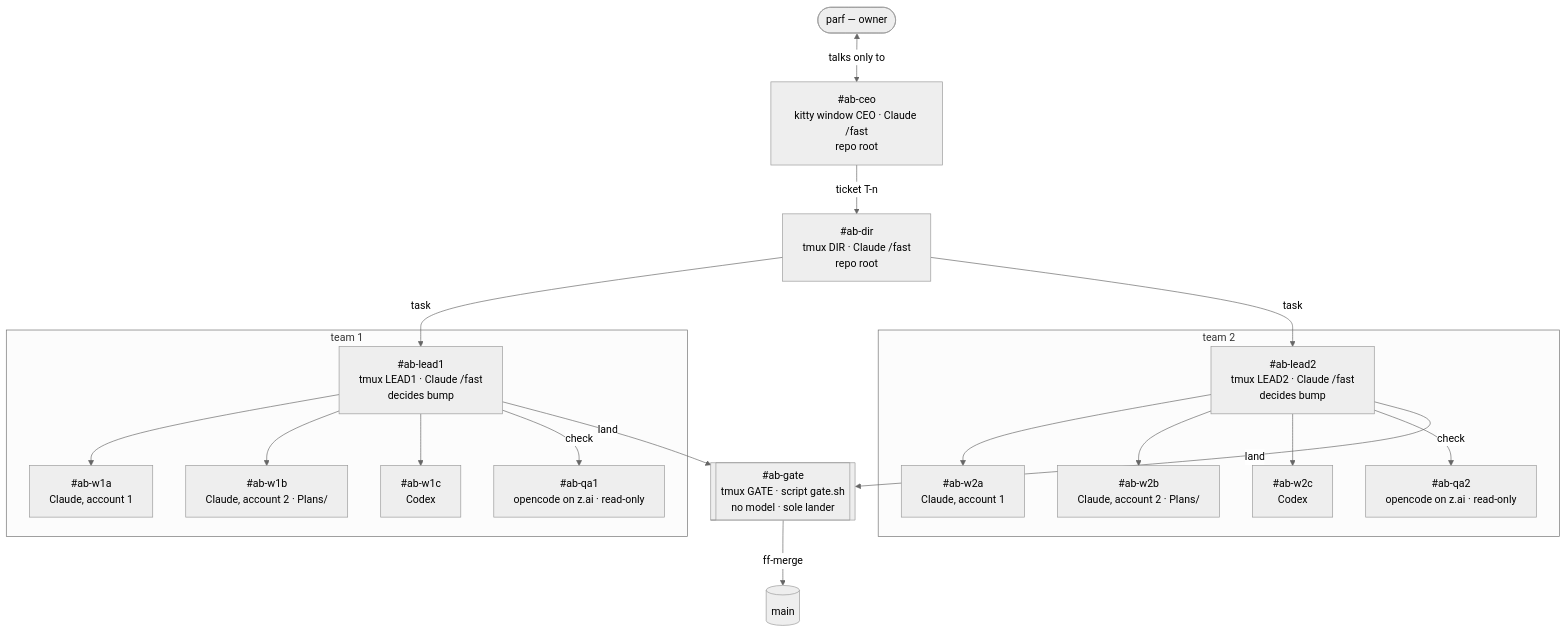
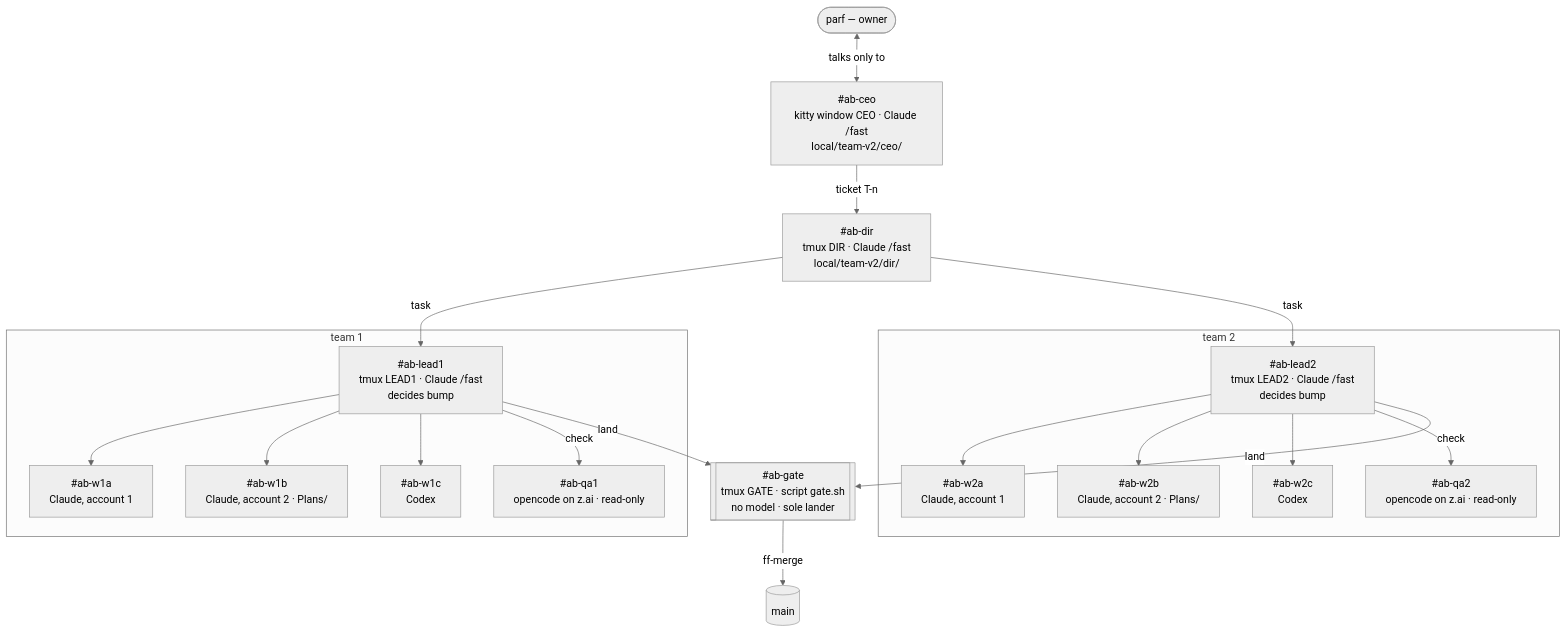
Before and after one commit to parf/ai-agent-bus: the first of 2 diagrams in Plans/Team.v2/README.md, drawn with Mermaid (neutral theme). The commit also changed other lines of this file, not shown here.

Commit message:
Team v2 gives #ab-ceo and #ab-dir their own directories

````diff
--- a/Plans/Team.v2/README.md
+++ b/Plans/Team.v2/README.md
@@ -26,31 +27,31 @@
 ```mermaid
 flowchart TD
   parf(["parf — owner"]) <-->|talks only to| ceo
-  ceo["#ab-ceo<br/>kitty window CEO · Claude /fast<br/>repo root"]
-  dir["#ab-dir<br/>tmux DIR · Claude /fast<br/>repo root"]
+  ceo["#ab-ceo<br/>kitty window CEO · Claude /fast<br/>local/team-v2/ceo/"]
+  dir["#ab-dir<br/>tmux DIR · Claude /fast<br/>local/team-v2/dir/"]
   subgraph team1 ["team 1"]
     lead1["#ab-lead1<br/>tmux LEAD1 · Claude /fast<br/>decides bump"]
     w1a["#ab-w1a<br/>Claude, account 1"]
     w1b["#ab-w1b<br/>Claude, account 2 · Plans/"]
     w1c["#ab-w1c<br/>Codex"]
     qa1["#ab-qa1<br/>opencode on z.ai · read-only"]
   end
   subgraph team2 ["team 2"]
     lead2["#ab-lead2<br/>tmux LEAD2 · Claude /fast<br/>decides bump"]
     w2a["#ab-w2a<br/>Claude, account 1"]
     w2b["#ab-w2b<br/>Claude, account 2 · Plans/"]
     w2c["#ab-w2c<br/>Codex"]
     qa2["#ab-qa2<br/>opencode on z.ai · read-only"]
   end
   gate[["#ab-gate<br/>tmux GATE · script gate.sh<br/>no model · sole lander"]]
   main[("main")]
 
   ceo -->|ticket T-n| dir
   dir -->|task| lead1 & lead2
   lead1 --> w1a & w1b & w1c
   lead1 -->|check| qa1
   lead2 --> w2a & w2b & w2c
   lead2 -->|check| qa2
   lead1 & lead2 -->|land| gate
   gate -->|ff-merge| main
 ```
````
